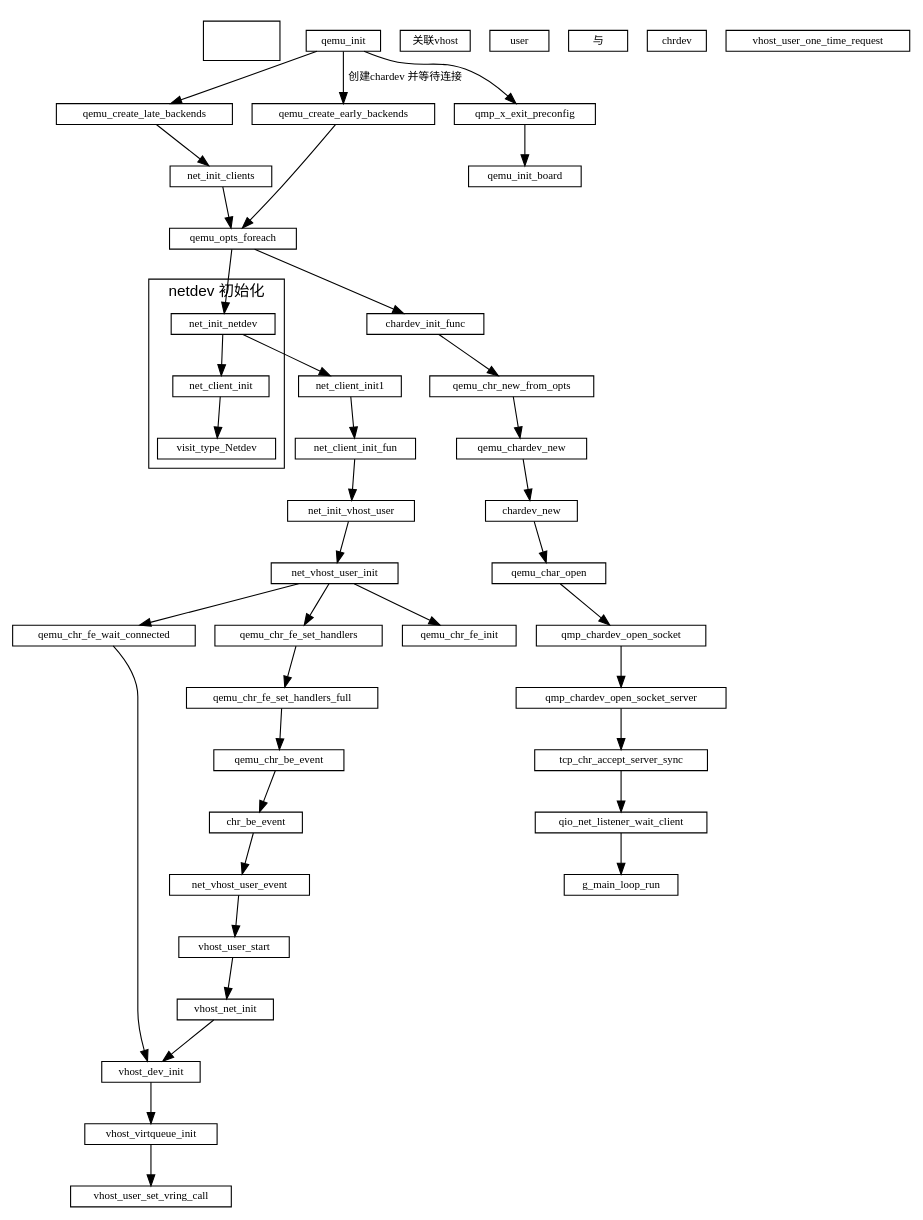
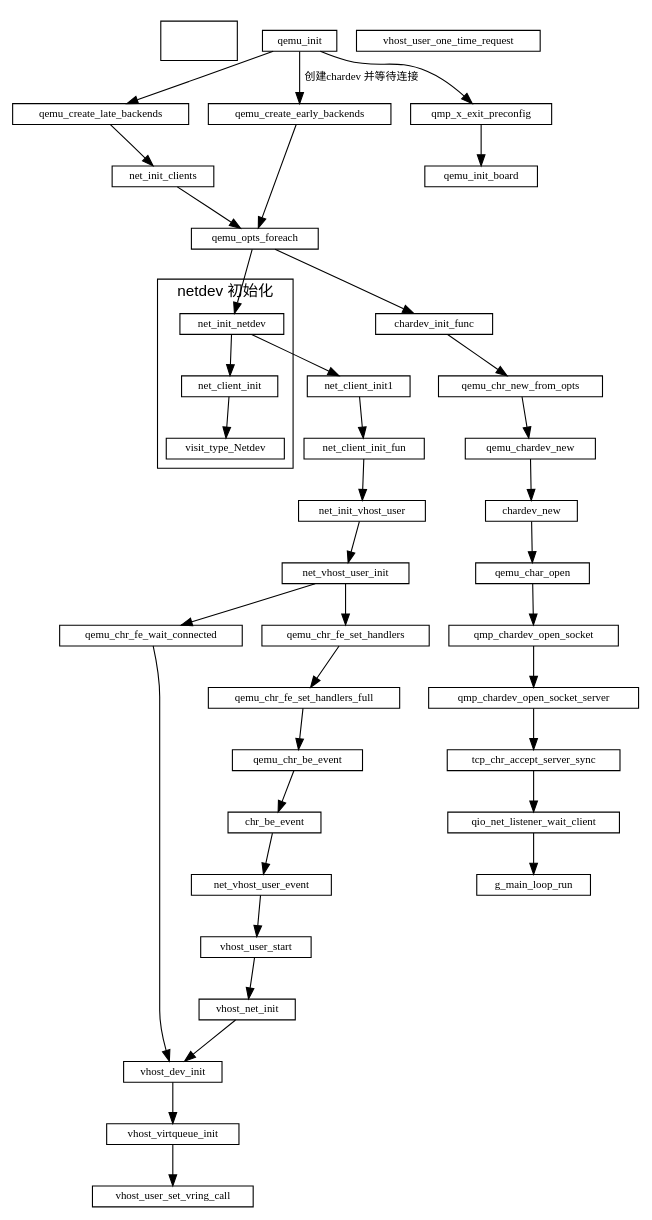
One commit to sisyphus1212/note changed the diagram in qemu/qemu初始化.md. Above: the diagram before and after it, drawn with Graphviz.

Commit message:
auto_update

````diff
--- a/qemu/qemu初始化.md
+++ b/qemu/qemu初始化.md
@@ -11,68 +11,67 @@
 ```graphviz
 digraph {
     fontname="Helvetica,Arial,sans-serif"
     //node [fontname="Helvetica,Arial,sans-serif"]
     //edge [fontname="Helvetica,Arial,sans-serif"]
     //rankdir="LR"
     node [fontsize=10, shape=record, height=0.25]
     edge [fontsize=10]
 
     subgraph  {
         cluster=true
         fd  [style = invis]
     }
 
 
     qemu_init -> qemu_create_late_backends
               -> net_init_clients
               -> qemu_opts_foreach
               -> net_init_netdev
               -> net_client_init1
               -> net_client_init_fun
               -> net_init_vhost_user
               -> net_vhost_user_init
               -> qemu_chr_fe_wait_connected
               -> vhost_dev_init
 
     subgraph netdev_init {
         label="netdev 初始化";
         cluster=true;
         net_init_netdev
         -> net_client_init
         -> visit_type_Netdev
     }
 
     net_vhost_user_init -> qemu_chr_fe_set_handlers
                         -> qemu_chr_fe_set_handlers_full
                         -> qemu_chr_be_event
                         -> chr_be_event
                         -> net_vhost_user_event
                         -> vhost_user_start
                         -> vhost_net_init
                         -> vhost_dev_init
                         -> vhost_virtqueue_init
                         -> vhost_user_set_vring_call
-net_vhost_user_init -> qemu_chr_fe_init 关联vhost user 与 chrdev
 
 
     qemu_init -> qemu_create_early_backends[label="创建chardev 并等待连接"] qemu_create_early_backends -> qemu_opts_foreach
                       -> chardev_init_func
                       -> qemu_chr_new_from_opts
                       -> qemu_chardev_new
                       -> chardev_new
                       -> qemu_char_open
                       -> qmp_chardev_open_socket
                       -> qmp_chardev_open_socket_server
                       -> tcp_chr_accept_server_sync
                       -> qio_net_listener_wait_client
                       -> g_main_loop_run
 
     qemu_init -> qmp_x_exit_preconfig -> qemu_init_board // 初始化cpu 内存
 
     vhost_dev_init
 
     net_vhost_user_event
 
     vhost_user_one_time_request
 }
 ```
````
